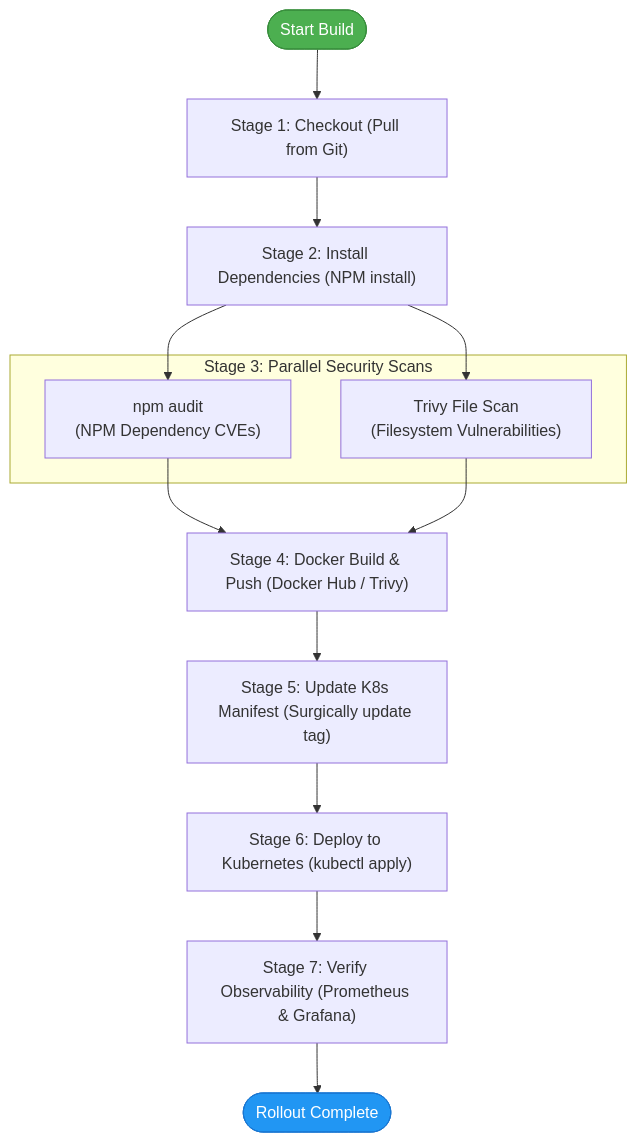
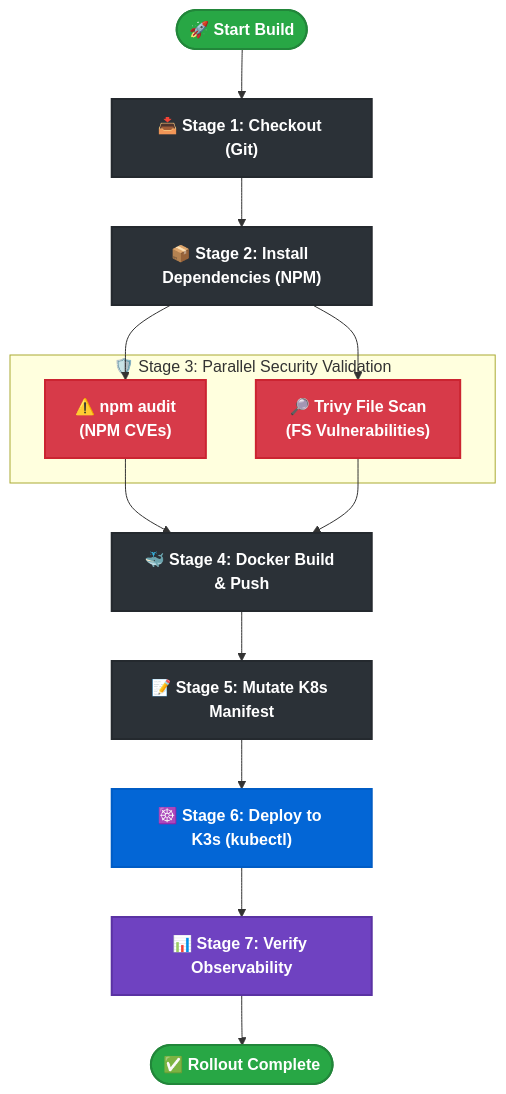
The second of 2 diagrams in README.md (Akash123-cyber/Neon-Kart-Cloud-Architecture), drawn with Mermaid before and after one commit. The commit also changed other lines of this file, not shown here.

Commit message:
updated System architecture diagram in readme

````diff
--- a/README.md
+++ b/README.md
@@ -193,24 +207,28 @@
 ```mermaid
-graph TD
-    Start([Start Build]) --> Checkout["Stage 1: Checkout (Pull from Git)"]
-    Checkout --> Install["Stage 2: Install Dependencies (NPM install)"]
+flowchart TD
+    %% Styling
+    classDef stage fill:#2B3137,stroke:#24292E,stroke-width:2px,color:#FFF,font-weight:bold
+    classDef security fill:#D73A49,stroke:#CB2431,stroke-width:2px,color:#FFF,font-weight:bold
+    classDef deploy fill:#0366D6,stroke:#005CC5,stroke-width:2px,color:#FFF,font-weight:bold
+    classDef success fill:#28A745,stroke:#22863A,stroke-width:2px,color:#FFF,font-weight:bold
+    classDef endpt fill:#6F42C1,stroke:#5A32A3,stroke-width:2px,color:#FFF,font-weight:bold
+
+    Start([🚀 Start Build]):::success --> Checkout["📥 Stage 1: Checkout (Git)"]:::stage
+    Checkout --> Install["📦 Stage 2: Install Dependencies (NPM)"]:::stage
     
-    subgraph Security_Scans ["Stage 3: Parallel Security Scans"]
-        NpmAudit["npm audit<br/>(NPM Dependency CVEs)"]
-        TrivyScan["Trivy File Scan<br/>(Filesystem Vulnerabilities)"]
+    subgraph Security_Scans ["🛡️ Stage 3: Parallel Security Validation"]
+        NpmAudit["⚠️ npm audit<br/>(NPM CVEs)"]:::security
+        TrivyScan["🔎 Trivy File Scan<br/>(FS Vulnerabilities)"]:::security
     end
     
     Install --> NpmAudit
     Install --> TrivyScan
     
-    NpmAudit --> BuildPush["Stage 4: Docker Build & Push (Docker Hub / Trivy)"]
+    NpmAudit --> BuildPush["🐳 Stage 4: Docker Build & Push"]:::stage
     TrivyScan --> BuildPush
     
-    BuildPush --> UpdateManifest["Stage 5: Update K8s Manifest (Surgically update tag)"]
-    UpdateManifest --> DeployK3s["Stage 6: Deploy to Kubernetes (kubectl apply)"]
-    DeployK3s --> VerifyMetrics["Stage 7: Verify Observability (Prometheus & Grafana)"]
-    VerifyMetrics --> End([Rollout Complete])
-
-    style Start fill:#4caf50,stroke:#388e3c,color:#fff
-    style End fill:#2196f3,stroke:#1976d2,color:#fff
+    BuildPush --> UpdateManifest["📝 Stage 5: Mutate K8s Manifest"]:::stage
+    UpdateManifest --> DeployK3s["☸️ Stage 6: Deploy to K3s (kubectl)"]:::deploy
+    DeployK3s --> VerifyMetrics["📊 Stage 7: Verify Observability"]:::endpt
+    VerifyMetrics --> End([✅ Rollout Complete]):::success
 ```
````
